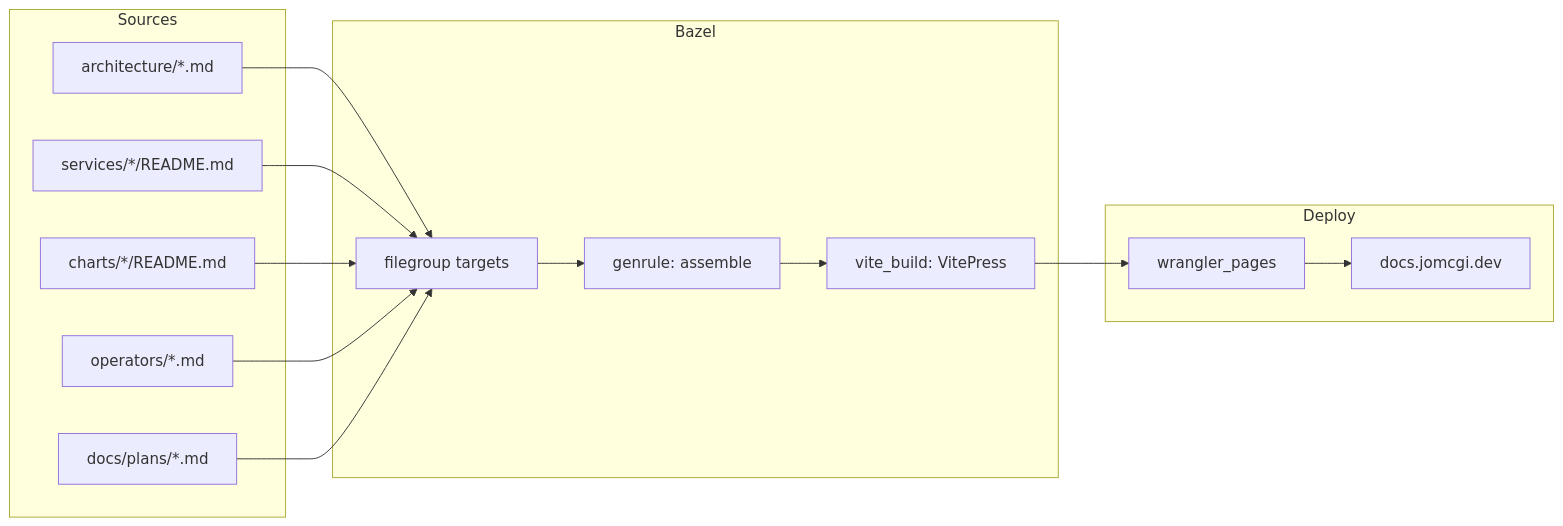
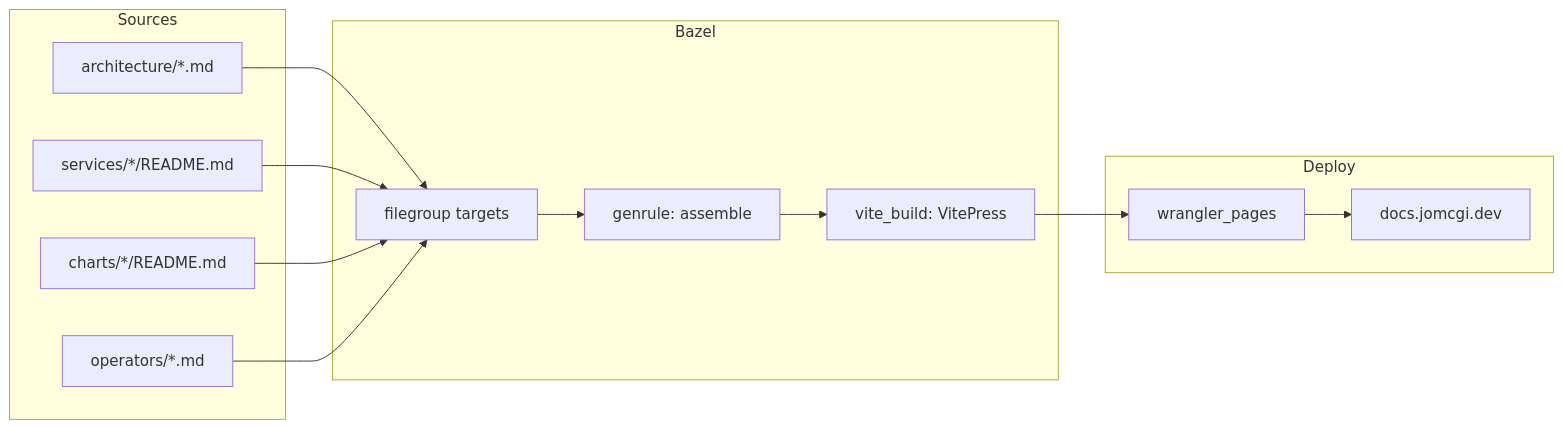
One commit to jomcgi/homelab changed the diagram in architecture/decisions/docs/001-static-docs-site.md. Above: the diagram before and after it, drawn with Mermaid. The commit also changed other lines of this file, not shown here.

````diff
--- a/architecture/decisions/docs/001-static-docs-site.md
+++ b/architecture/decisions/docs/001-static-docs-site.md
@@ -73,24 +79,23 @@
 ```mermaid
 graph LR
     subgraph Sources
         A[architecture/*.md]
         B[services/*/README.md]
         C[charts/*/README.md]
         D[operators/*.md]
-        E[docs/plans/*.md]
     end
 
     subgraph Bazel
         F[filegroup targets]
         G[genrule: assemble]
         H[vite_build: VitePress]
     end
 
     subgraph Deploy
         I[wrangler_pages]
         J[docs.jomcgi.dev]
     end
 
-    A & B & C & D & E --> F
+    A & B & C & D --> F
     F --> G --> H --> I --> J
 ```
````
